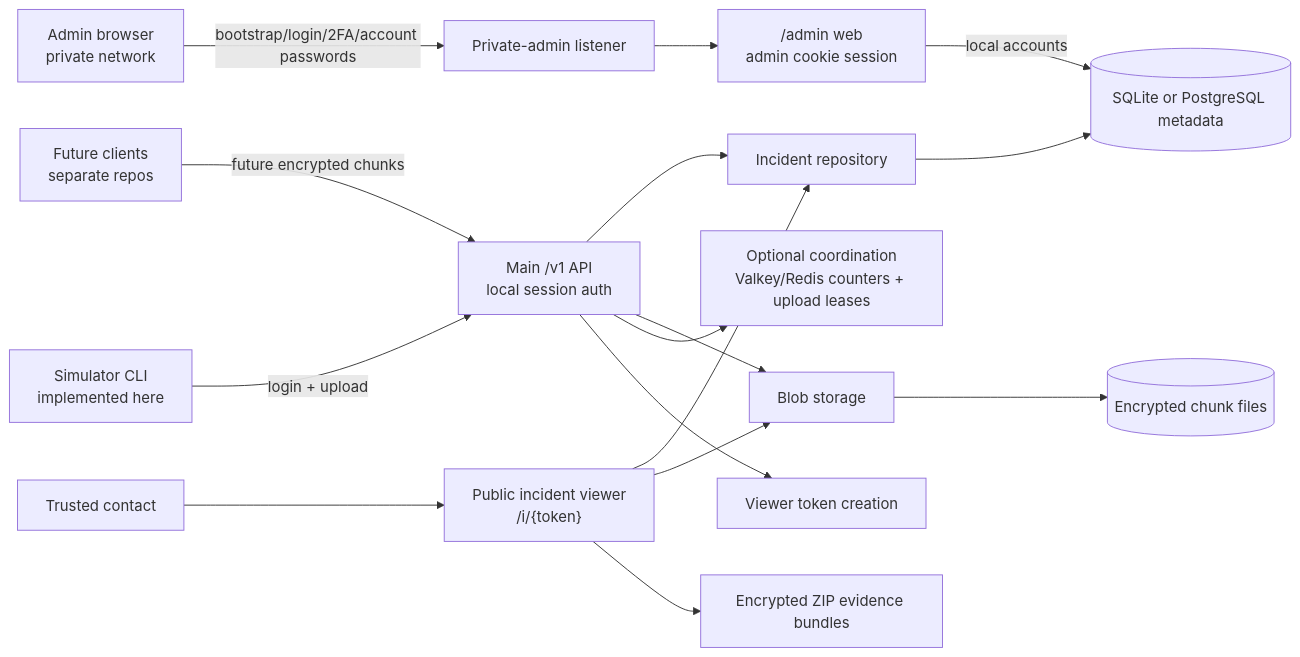
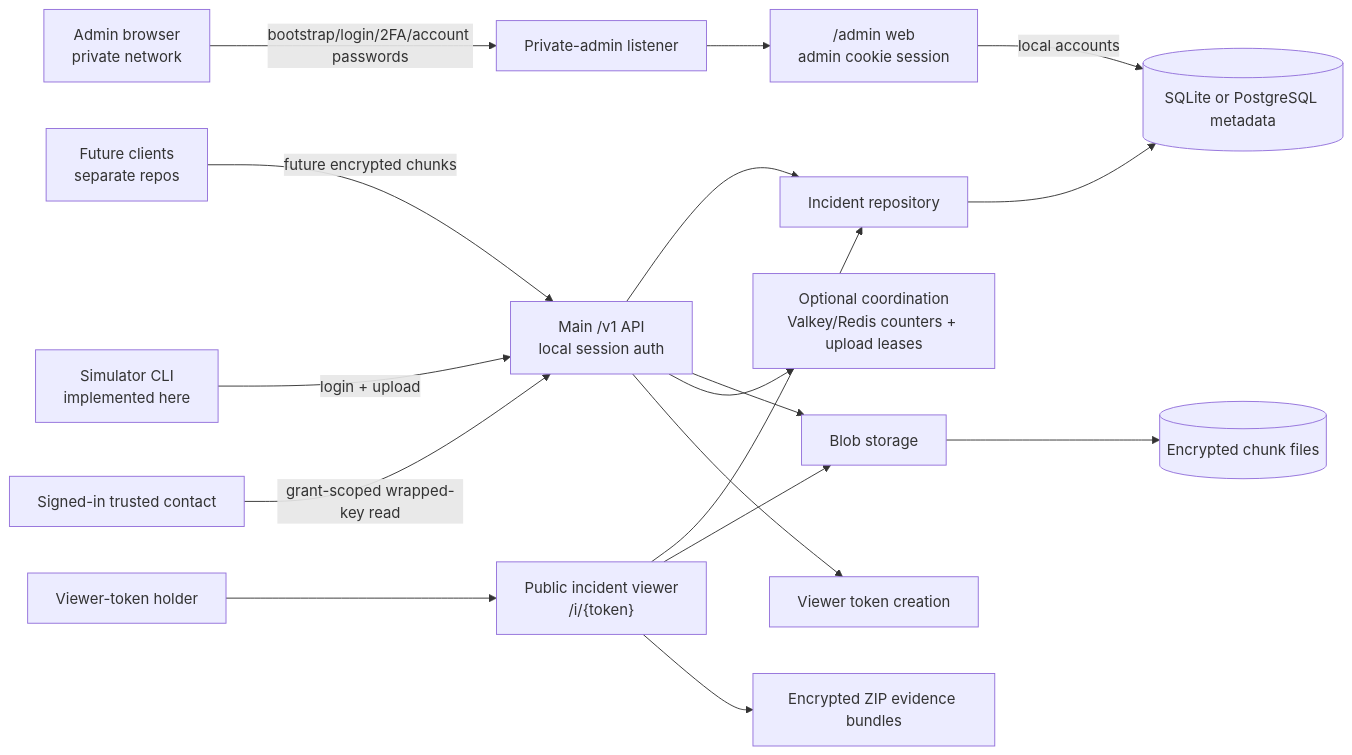
Before and after one commit to TheSilkky/safety-recorder: the first of 4 diagrams in docs/architecture.md, drawn with Mermaid. The commit also changed other lines of this file and 40 other files, not shown here.

````diff
--- a/docs/architecture.md
+++ b/docs/architecture.md
@@ -63,18 +65,19 @@
 ```mermaid
 flowchart LR
     FutureClients["Future clients<br/>separate repos"] -->|"future encrypted chunks"| MainAPI["Main /v1 API<br/>local session auth"]
     Operator["Admin browser<br/>private network"] -->|"bootstrap/login/2FA/account passwords"| AdminListener["Private-admin listener"]
     AdminListener --> AdminWeb["/admin web<br/>admin cookie session"]
     Simulator["Simulator CLI<br/>implemented here"] -->|"login + upload"| MainAPI
     MainAPI --> Repo["Incident repository"]
     Repo --> DB[(SQLite or PostgreSQL metadata)]
     AdminWeb -->|"local accounts"| DB
     MainAPI --> Store["Blob storage"]
     Store --> Files[(Encrypted chunk files)]
     MainAPI --> Coord["Optional coordination<br/>Valkey/Redis counters + upload leases"]
     MainAPI --> Token["Viewer token creation"]
-    Contact["Trusted contact"] --> Viewer["Public incident viewer<br/>/i/{token}"]
+    TokenHolder["Viewer-token holder"] --> Viewer["Public incident viewer<br/>/i/{token}"]
+    Contact["Signed-in trusted contact"] -->|"grant-scoped wrapped-key read"| MainAPI
     Viewer --> Repo
     Viewer --> Store
     Viewer --> Bundle["Encrypted ZIP evidence bundles"]
 ```
````
